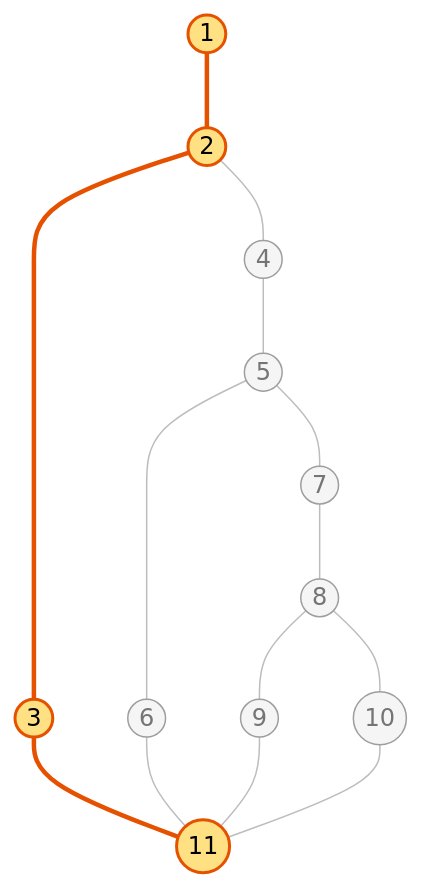
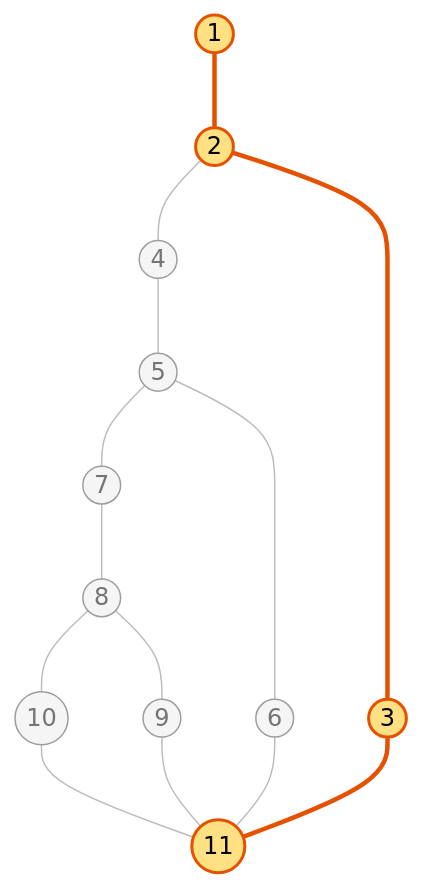
Before and after one commit to bloedige/itdb_ctf: the second of 5 diagrams in tests/docs/caja_blanca_02_adquirir_pista.md, drawn with Mermaid. The commit also changed other lines of this file and 47 other files, not shown here.

````diff
--- a/tests/docs/caja_blanca_02_adquirir_pista.md
+++ b/tests/docs/caja_blanca_02_adquirir_pista.md
@@ -82,21 +97,21 @@
 ```mermaid
 graph TD
     n1((1)) --- n2((2))
-    n2 --- n3((3))
-    n3 --- n11((11))
     n2 --- n4((4))
     n4 --- n5((5))
+    n5 --- n7((7))
+    n7 --- n8((8))
+    n8 --- n10((10))
+    n10 --- n11((11))
+    n8 --- n9((9))
+    n9 --- n11
     n5 --- n6((6))
     n6 --- n11
-    n5 --- n7((7))
-    n7 --- n8((8))
-    n8 --- n9((9))
-    n9 --- n11
-    n8 --- n10((10))
-    n10 --- n11
+    n2 --- n3((3))
+    n3 --- n11
     classDef default fill:#f5f5f5,stroke:#9e9e9e,color:#757575
     classDef camino fill:#ffe082,stroke:#e65100,stroke-width:2px,color:#000
     class n1,n2,n3,n11 camino
     linkStyle default stroke:#bdbdbd,stroke-width:1px
-    linkStyle 0,1,2 stroke:#e65100,stroke-width:3px
+    linkStyle 0,11,12 stroke:#e65100,stroke-width:3px
 ```
````
